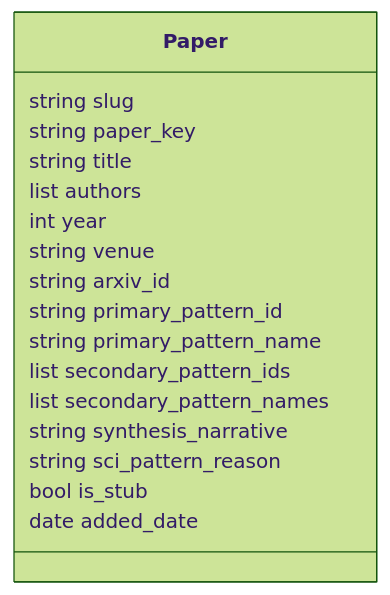
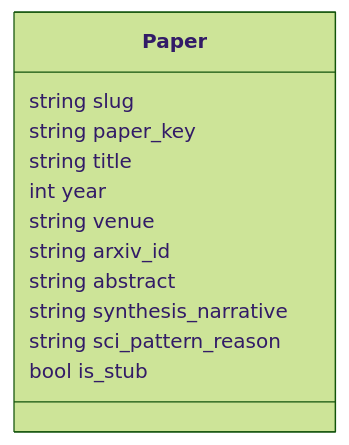
One commit to Szy5/ResearchWorkSpace changed the first of 3 diagrams in docs/Neo4j 科学发现图谱需求与技术方案.md. Above: the diagram before and after it, drawn with Mermaid (forest theme). The commit also changed other lines of this file and 182 other files, not shown here.

````diff
--- a/docs/Neo4j 科学发现图谱需求与技术方案.md
+++ b/docs/Neo4j 科学发现图谱需求与技术方案.md
@@ -78,20 +73,15 @@
 ```mermaid
 classDiagram
     class Paper {
         string slug
         string paper_key
         string title
-        list authors
         int year
         string venue
         string arxiv_id
-        string primary_pattern_id
-        string primary_pattern_name
-        list secondary_pattern_ids
-        list secondary_pattern_names
+        string abstract
         string synthesis_narrative
         string sci_pattern_reason
         bool is_stub
-        date added_date
     }
 ```
````
